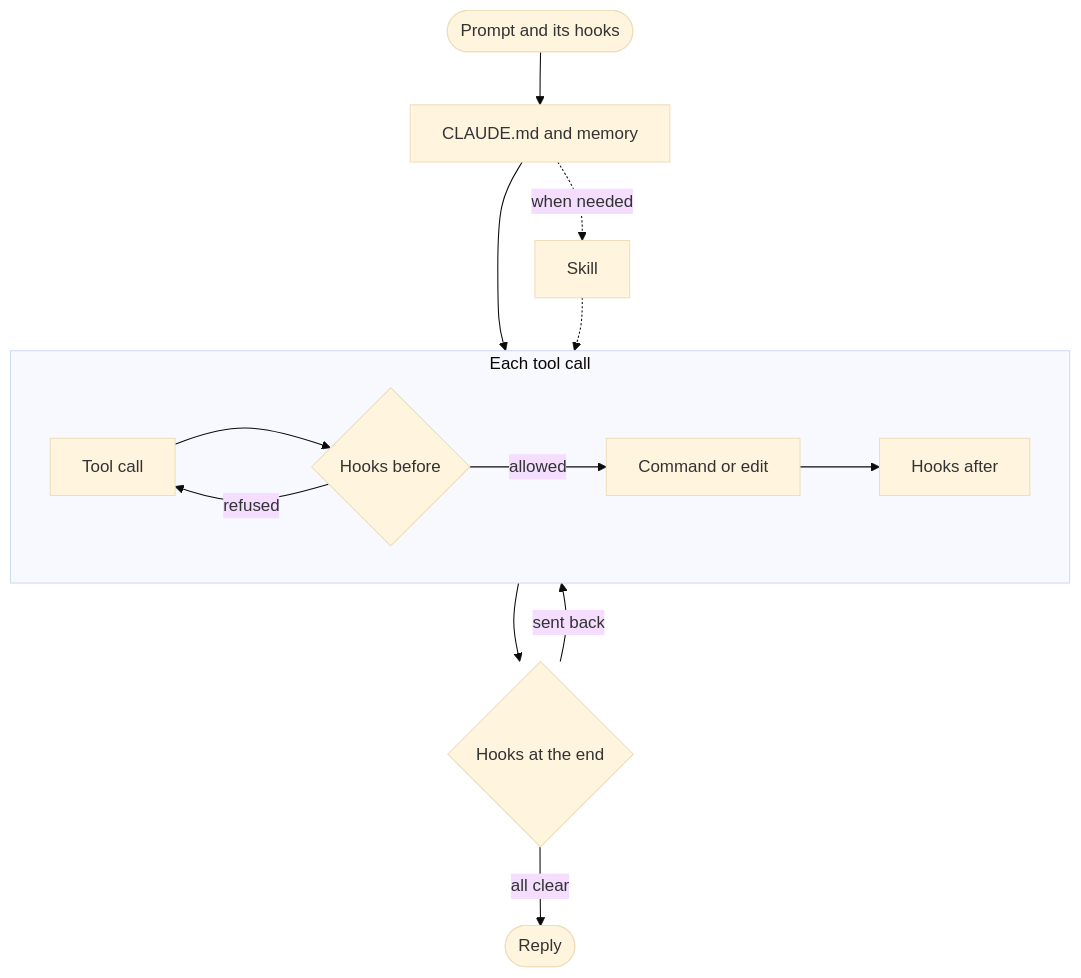
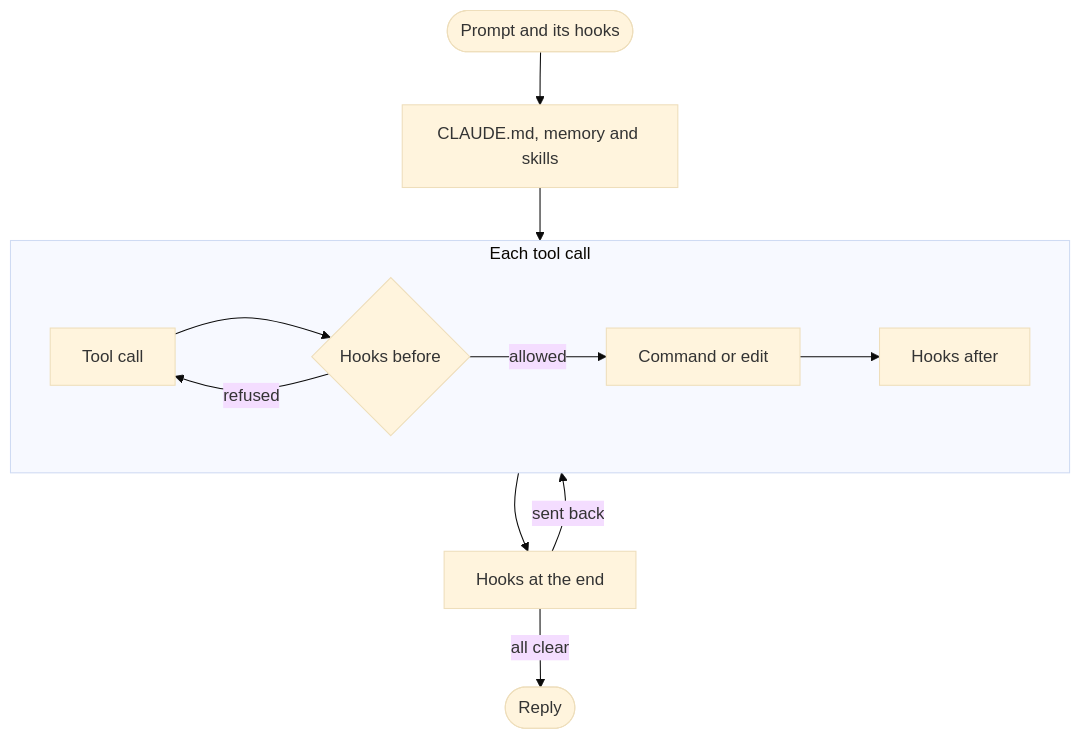
One commit to zululima/dotclaude changed the first of 2 diagrams in docs/how-it-works.md. Above: the diagram before and after it, drawn with Mermaid (base theme). The commit also changed 1 other file, not shown here.

Commit message:
Make the first graph in how-it-works.md shorter
The graph was still 1,137 pixels tall. The skill now shares the step
with CLAUDE.md and memory, and the end-of-turn hooks are a box rather
than a diamond. The list under the graph explains both.

Prompts behind this commit, as given to Claude Code
(model claude-opus-5-5, effort xhigh):

1. (handed over from another session, which quoted it whole)
> my dotclaude/setup include thing my way of working with mac (menu
> bar items, literally anything thats secure to share maybe like
> software etc anything that might be useful to someone) setup should
> also probably have some mermaid graph on how the setup works

Abbreviations:
etc: et cetera

````diff
--- a/docs/how-it-works.md
+++ b/docs/how-it-works.md
@@ -20,19 +20,17 @@
 ```mermaid
 flowchart TD
   start(["Prompt and its hooks"])
-  ctx["CLAUDE.md and memory"]
-  skl["Skill"]
+  ctx["CLAUDE.md, memory and skills"]
   subgraph calls["Each tool call"]
     direction LR
     tool["Tool call"] --> before{"Hooks before"}
     before -->|allowed| runs["Command or edit"] --> after["Hooks after"]
     before -->|refused| tool
   end
-  turnEnd{"Hooks at the end"}
+  turnEnd["Hooks at the end"]
   answer(["Reply"])
 
   start --> ctx --> calls --> turnEnd
-  ctx -.->|when needed| skl -.-> calls
   turnEnd -->|sent back| calls
   turnEnd -->|all clear| answer
 ```
````
